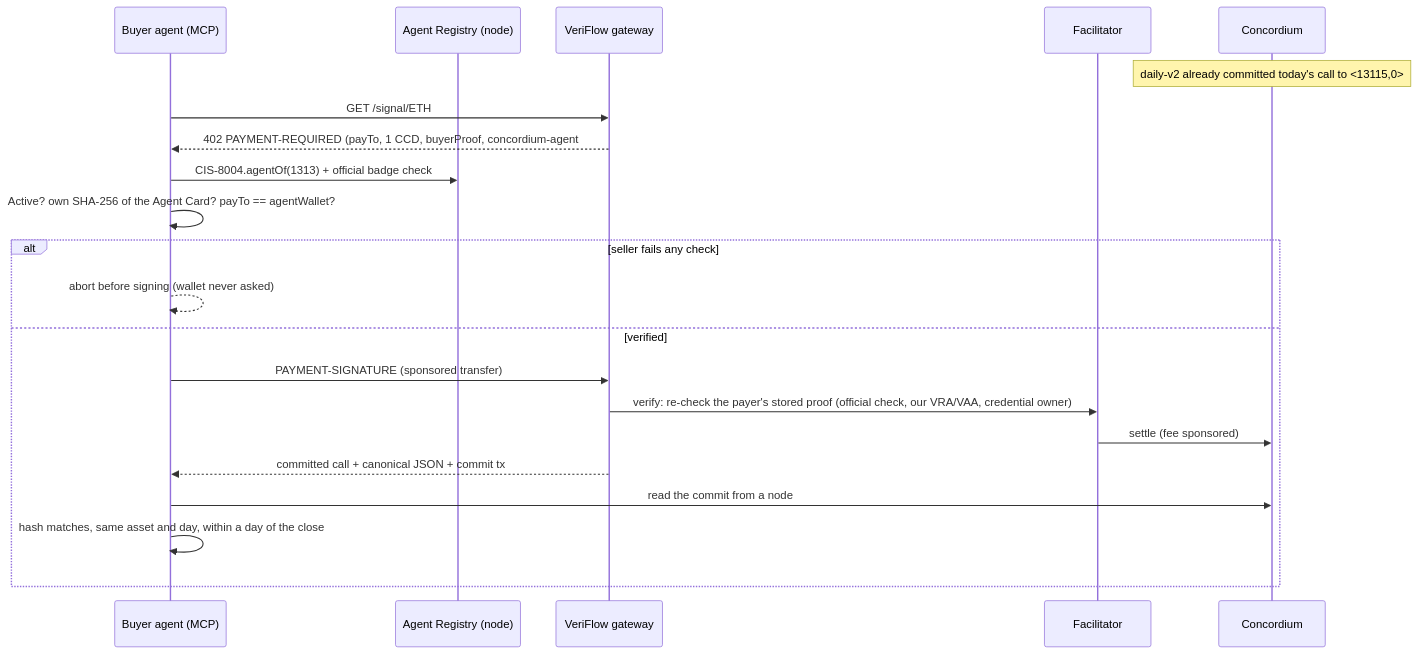
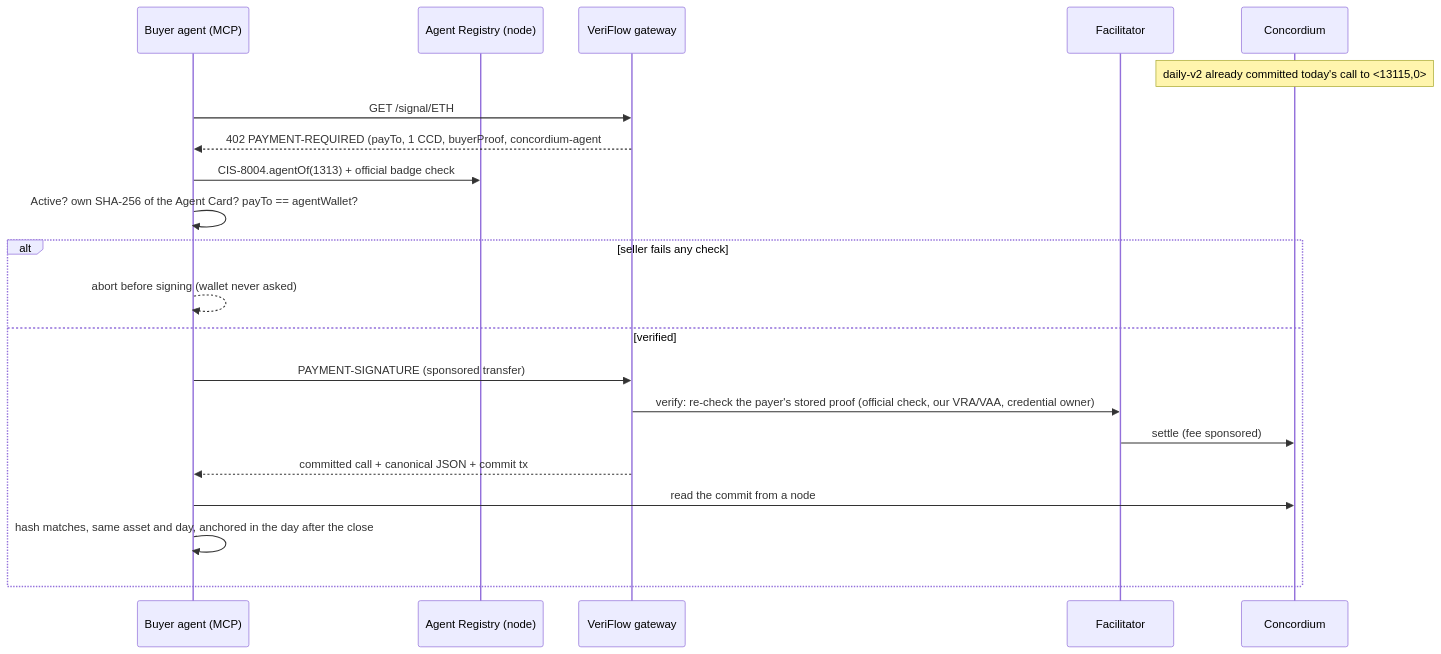
One commit to jiahaoc040-ai/veriflow changed the second of 2 diagrams in README.md. Above: the diagram before and after it, drawn with Mermaid. The commit also changed other lines of this file and 11 other files, not shown here.

````diff
--- a/README.md
+++ b/README.md
@@ -91,23 +91,23 @@
 ```mermaid
 sequenceDiagram
   participant B as Buyer agent (MCP)
   participant R as Agent Registry (node)
   participant G as VeriFlow gateway
   participant F as Facilitator
   participant C as Concordium
   Note over C: daily-v2 already committed today's call to <13115,0>
   B->>G: GET /signal/ETH
   G-->>B: 402 PAYMENT-REQUIRED (payTo, 1 CCD, buyerProof, concordium-agent #1313)
   B->>R: CIS-8004.agentOf(1313) + official badge check
   B->>B: Active? own SHA-256 of the Agent Card? payTo == agentWallet?
   alt seller fails any check
     B-->>B: abort before signing (wallet never asked)
   else verified
     B->>G: PAYMENT-SIGNATURE (sponsored transfer)
     G->>F: verify: re-check the payer's stored proof (official check, our VRA/VAA, credential owner)
     F->>C: settle (fee sponsored)
     G-->>B: committed call + canonical JSON + commit tx
     B->>C: read the commit from a node
-    B->>B: hash matches, same asset and day, within a day of the close
+    B->>B: hash matches, same asset and day, anchored in the day after the close
   end
 ```
````
